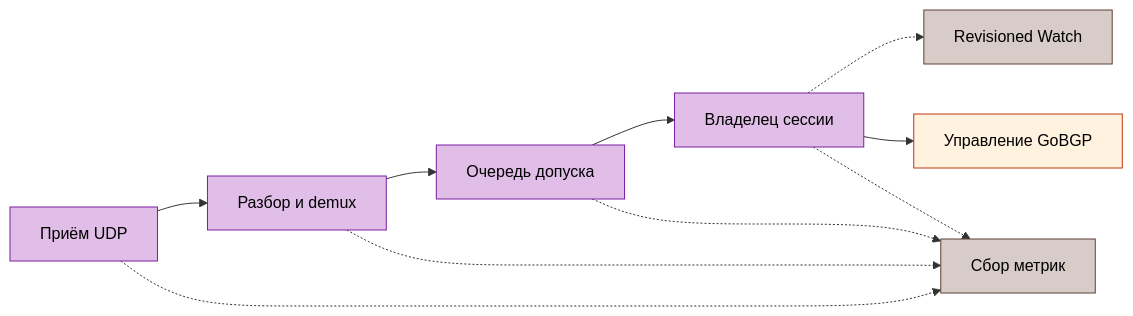
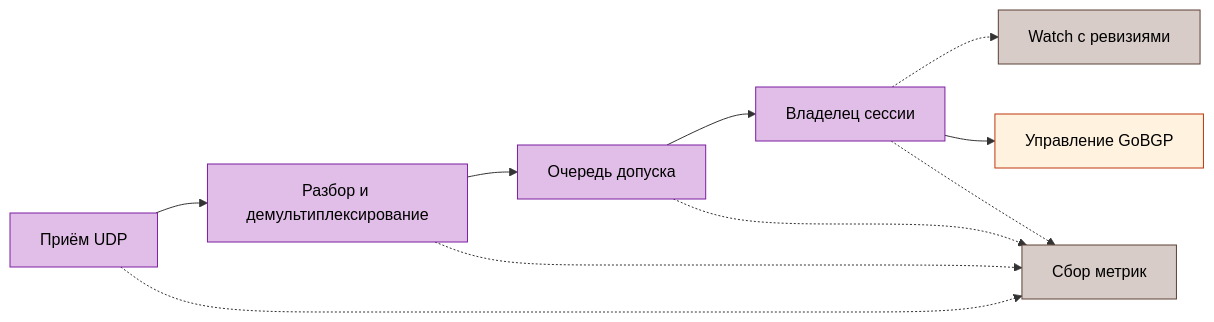
Before and after one commit to dantte-lp/gobfd: the diagram in docs/ru/07-monitoring.md, drawn with Mermaid. The commit also changed other lines of this file and 52 other files, not shown here.

````diff
--- a/docs/ru/07-monitoring.md
+++ b/docs/ru/07-monitoring.md
@@ -9,15 +9,15 @@
 ```mermaid
 flowchart LR
-  rx["Приём UDP"]:::srv --> parser["Разбор и demux"]:::srv
+  rx["Приём UDP"]:::srv --> parser["Разбор и демультиплексирование"]:::srv
   parser --> queue["Очередь допуска"]:::srv
   queue --> owner["Владелец сессии"]:::srv
-  owner -.-> watch["Revisioned Watch"]:::mgt
+  owner -.-> watch["Watch с ревизиями"]:::mgt
   owner --> action["Управление GoBGP"]:::brt
   rx -.-> metrics["Сбор метрик"]:::mgt
   parser -.-> metrics
   queue -.-> metrics
   owner -.-> metrics
   classDef srv fill:#e1bee7,stroke:#7b1fa2,color:#000
   classDef mgt fill:#d7ccc8,stroke:#5d4037,color:#000
   classDef brt fill:#fff3e0,stroke:#bf360c,color:#000
 ```
````
